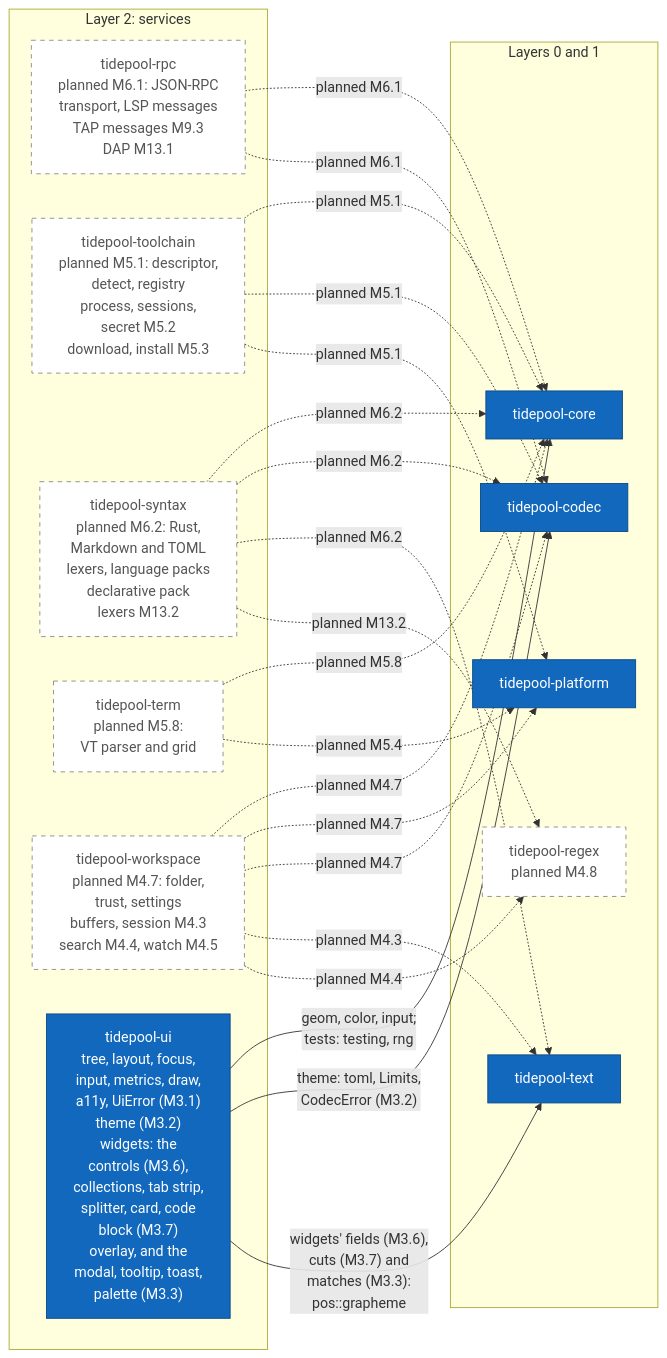
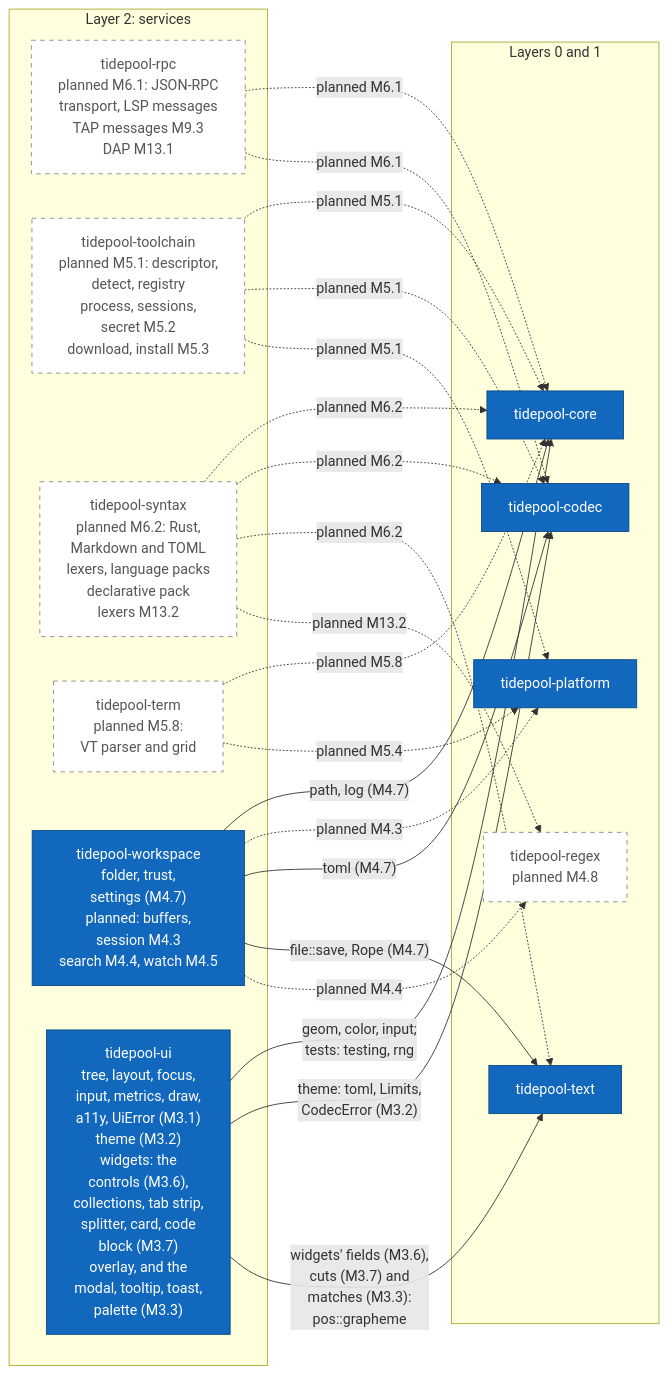
The seventh of 17 diagrams in diagrams/c4-architecture.md (jabbott-iii/Tidepool), drawn with Mermaid before and after one commit. The commit also changed other lines of this file and 54 other files, not shown here.

First line of the commit message:
feat(workspace,app): folders, ignore files, trust and settings (M4.7)

````diff
--- a/diagrams/c4-architecture.md
+++ b/diagrams/c4-architecture.md
@@ -383,43 +386,43 @@
 ```mermaid
 flowchart LR
     subgraph L2["Layer 2: services"]
         k_rpc["tidepool-rpc<br/>planned M6.1: JSON-RPC<br/>transport, LSP messages<br/>TAP messages M9.3<br/>DAP M13.1"]
         k_toolchain["tidepool-toolchain<br/>planned M5.1: descriptor,<br/>detect, registry<br/>process, sessions,<br/>secret M5.2<br/>download, install M5.3"]
         k_syntax["tidepool-syntax<br/>planned M6.2: Rust,<br/>Markdown and TOML<br/>lexers, language packs<br/>declarative pack<br/>lexers M13.2"]
         k_term["tidepool-term<br/>planned M5.8:<br/>VT parser and grid"]
-        k_workspace["tidepool-workspace<br/>planned M4.7: folder,<br/>trust, settings<br/>buffers, session M4.3<br/>search M4.4, watch M4.5"]
+        k_workspace["tidepool-workspace<br/>folder, trust,<br/>settings (M4.7)<br/>planned: buffers,<br/>session M4.3<br/>search M4.4, watch M4.5"]
         k_ui["tidepool-ui<br/>tree, layout, focus,<br/>input, metrics, draw,<br/>a11y, UiError (M3.1)<br/>theme (M3.2)<br/>widgets: the<br/>controls (M3.6),<br/>collections, tab strip,<br/>splitter, card, code<br/>block (M3.7)<br/>overlay, and the<br/>modal, tooltip, toast,<br/>palette (M3.3)"]
     end
     subgraph L01["Layers 0 and 1"]
         k_platform["tidepool-platform"]
         k_codec["tidepool-codec"]
         k_text["tidepool-text"]
         k_regex["tidepool-regex<br/>planned M4.8"]
         k_core["tidepool-core"]
     end
 
     k_rpc -.->|"planned M6.1"| k_core
     k_rpc -.->|"planned M6.1"| k_codec
     k_toolchain -.->|"planned M5.1"| k_core
     k_toolchain -.->|"planned M5.1"| k_codec
     k_toolchain -.->|"planned M5.1"| k_platform
     k_syntax -.->|"planned M6.2"| k_core
     k_syntax -.->|"planned M6.2"| k_codec
     k_syntax -.->|"planned M6.2"| k_text
     k_syntax -.->|"planned M13.2"| k_regex
     k_term -.->|"planned M5.8"| k_core
     k_term -.->|"planned M5.4"| k_platform
-    k_workspace -.->|"planned M4.7"| k_core
-    k_workspace -.->|"planned M4.7"| k_platform
-    k_workspace -.->|"planned M4.7"| k_codec
-    k_workspace -.->|"planned M4.3"| k_text
+    k_workspace -->|"path, log (M4.7)"| k_core
+    k_workspace -.->|"planned M4.3"| k_platform
+    k_workspace -->|"toml (M4.7)"| k_codec
+    k_workspace -->|"file::save, Rope (M4.7)"| k_text
     k_workspace -.->|"planned M4.4"| k_regex
     k_ui -->|"geom, color, input;<br/>tests: testing, rng"| k_core
     k_ui -->|"theme: toml, Limits,<br/>CodecError (M3.2)"| k_codec
     k_ui -->|"widgets' fields (M3.6),<br/>cuts (M3.7) and<br/>matches (M3.3):<br/>pos::grapheme"| k_text
 
     classDef built fill:#1168bd,stroke:#0b4884,color:#ffffff
     classDef planned fill:#ffffff,stroke:#888888,stroke-dasharray: 5 5,color:#555555
-    class k_platform,k_codec,k_text,k_core,k_ui built
-    class k_rpc,k_toolchain,k_syntax,k_term,k_workspace,k_regex planned
+    class k_platform,k_codec,k_text,k_core,k_ui,k_workspace built
+    class k_rpc,k_toolchain,k_syntax,k_term,k_regex planned
 ```
````
